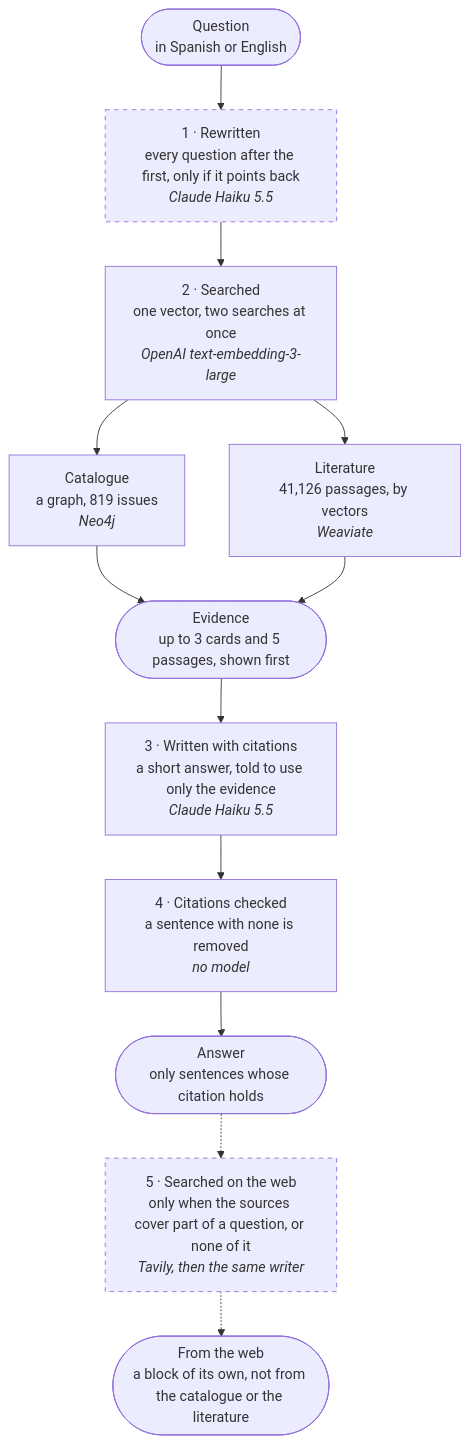
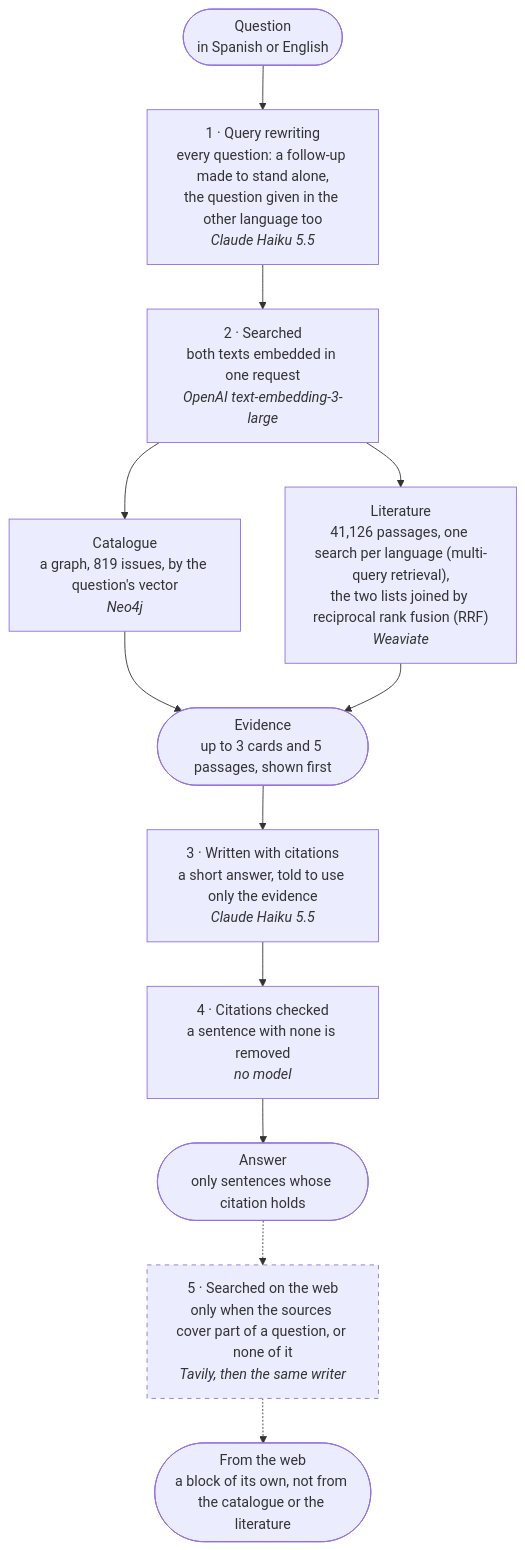
One commit to TecnologiasVM/oxcart changed the diagram in README.md. Above: the diagram before and after it, drawn with Mermaid. The commit also changed other lines of this file and 13 other files, not shown here.

````diff
--- a/README.md
+++ b/README.md
@@ -85,17 +99,16 @@
 ```mermaid
 flowchart TD
     Q(["Question<br/>in Spanish or English"]) --> R
-    R["1 · Rewritten<br/>every question after the first, only if it points back<br/><i>Claude Haiku 5.5</i>"] --> S
-    S["2 · Searched<br/>one vector, two searches at once<br/><i>OpenAI text-embedding-3-large</i>"] --> C
+    R["1 · Query rewriting<br/>every question: a follow-up made to stand alone,<br/>the question given in the other language too<br/><i>Claude Haiku 5.5</i>"] --> S
+    S["2 · Searched<br/>both texts embedded in one request<br/><i>OpenAI text-embedding-3-large</i>"] --> C
     S --> L
-    C["Catalogue<br/>a graph, 819 issues<br/><i>Neo4j</i>"] --> E
-    L["Literature<br/>41,126 passages, by vectors<br/><i>Weaviate</i>"] --> E
+    C["Catalogue<br/>a graph, 819 issues, by the question's vector<br/><i>Neo4j</i>"] --> E
+    L["Literature<br/>41,126 passages, one search per language (multi-query retrieval),<br/>the two lists joined by reciprocal rank fusion (RRF)<br/><i>Weaviate</i>"] --> E
     E(["Evidence<br/>up to 3 cards and 5 passages, shown first"]) --> W
     W["3 · Written with citations<br/>a short answer, told to use only the evidence<br/><i>Claude Haiku 5.5</i>"] --> K
     K["4 · Citations checked<br/>a sentence with none is removed<br/><i>no model</i>"] --> A
     A(["Answer<br/>only sentences whose citation holds"]) -.-> X
     X["5 · Searched on the web<br/>only when the sources cover part of a question, or none of it<br/><i>Tavily, then the same writer</i>"] -.-> B
     B(["From the web<br/>a block of its own, not from the catalogue or the literature"])
-    style R stroke-dasharray: 5 5
     style X stroke-dasharray: 5 5
 ```
````
